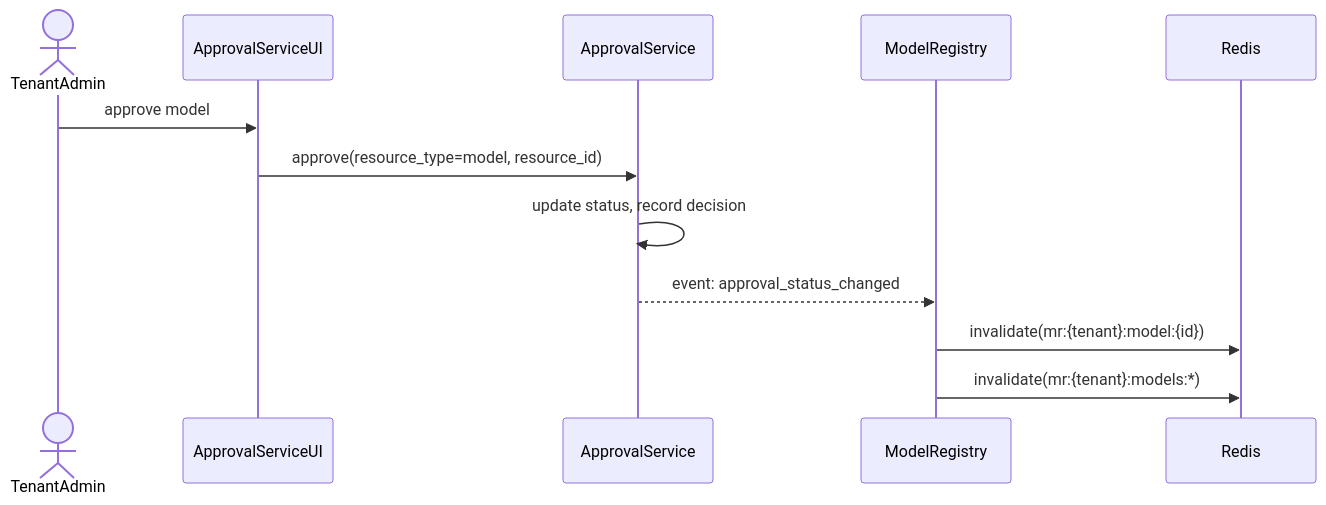
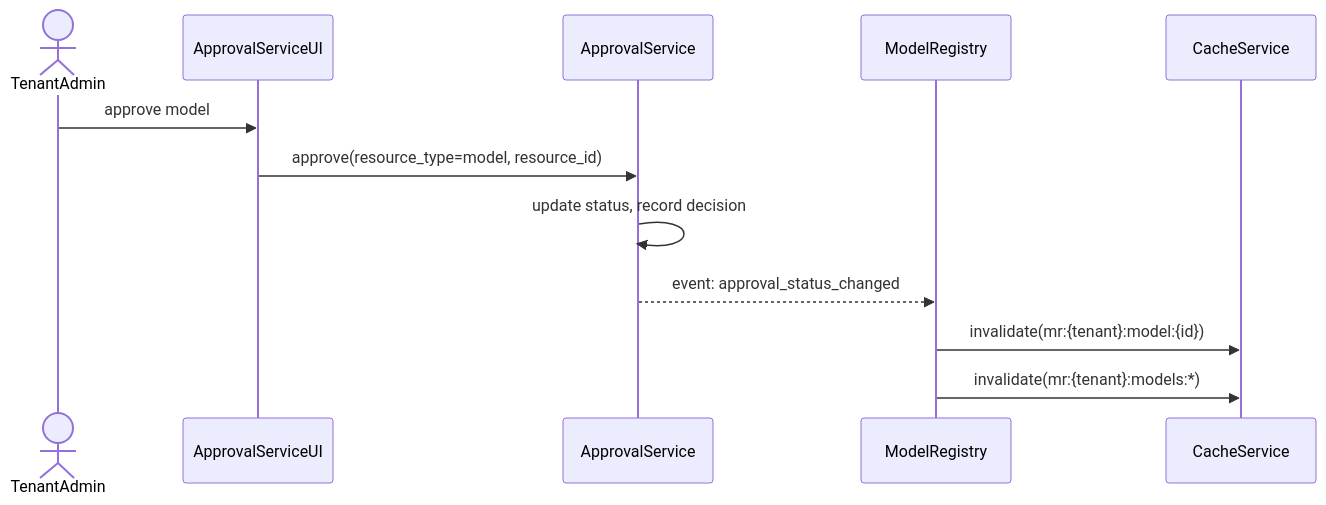
The sixth of 8 diagrams in gears/model-registry/docs/DESIGN.md (Qilin101/gears-rust), drawn with Mermaid before and after one commit. The commit also changed other lines of this file, not shown here.

````diff
--- a/gears/model-registry/docs/DESIGN.md
+++ b/gears/model-registry/docs/DESIGN.md
@@ -889,15 +982,15 @@
 ```mermaid
 sequenceDiagram
     actor TenantAdmin
     participant ApprovalUI as ApprovalServiceUI
     participant Approval as ApprovalService
     participant MR as ModelRegistry
-    participant Cache as Redis
+    participant Cache as CacheService
 
     TenantAdmin->>ApprovalUI: approve model
     ApprovalUI->>Approval: approve(resource_type=model, resource_id)
     Approval->>Approval: update status, record decision
     Approval-->>MR: event: approval_status_changed
     MR->>Cache: invalidate(mr:{tenant}:model:{id})
     MR->>Cache: invalidate(mr:{tenant}:models:*)
 ```
````
